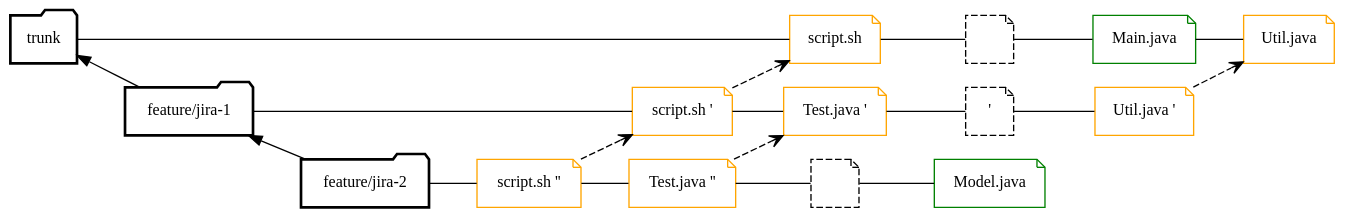
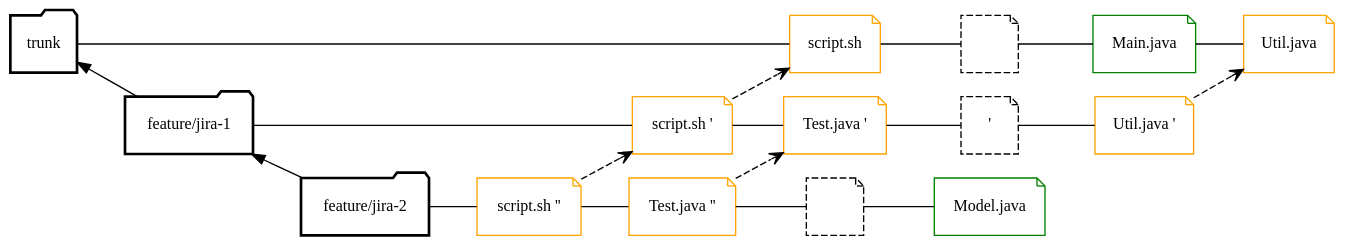
The diagram in slides/intro/src/docs/asciidoc/graphviz/git-branch.dot (Gepardec/git-training), drawn with Graphviz before and after one commit. The commit also changed 10 other files, not shown here.

```diff
--- a/slides/intro/src/docs/asciidoc/graphviz/git-branch.dot
+++ b/slides/intro/src/docs/asciidoc/graphviz/git-branch.dot
@@ -1,50 +1,50 @@
 digraph svn_branch {
         rankdir="LR";
         bgcolor="transparent";
 
-        node[width=0.5,height=0.5, shape=folder,fontsize=12.0];
+        node[width=0.6,height=0.6, shape=folder,fontsize=12.0];
         "trunk"[label="trunk",group="trunk",style="bold"];
         "feature_1"[label="feature/jira-1",group="feature_1",style="bold"];
         "feature_2"[label="feature/jira-2",group="feature_2",style="bold"];
 
-        node[width=0.5,height=0.5, shape=note,fontsize=12.0];
+        node[width=0.6,height=0.6, shape=note,fontsize=12.0];
         "file_1"[label="script.sh",group="trunk",color="orange"]
         "file_2"[label="",group="trunk",style="dashed"]
         "file_3"[label="Main.java",group="trunk",color="green"]
         "file_4"[label="Util.java",group="trunk",color="orange"]
         "file__1"[label="script.sh '",group="feature_1",color="orange"]
         "file__2"[label="Test.java '",group="feature_1",color="orange"]
         "file__3"[label="'",group="feature_1",style="dashed"]
         "file__4"[label="Util.java '",group="feature_1",color="orange"]
         "file___1"[label="script.sh ''",group="feature_2",color="orange"]
         "file___2"[label="Test.java ''",group="feature_2",color="orange"]
         "file___3"[label="",group="feature_2",style=dashed]
         "file___4"[label="Model.java",group="feature_2",color="green"]
 
         edge[weight=2,arrowhead=open,dir="back"];
         "trunk" -> "feature_1";
         "feature_1" -> "feature_2";
 
         edge[weight=2,arrowhead=none,dir="forward"];
         "trunk" -> "file_1";
         "feature_1" -> "file__1";
         "feature_2" -> "file___1";
 
         edge[weight=2,arrowhead=none,dir="forward"];
         "file_1" -> "file_2";
         "file_2" -> "file_3";
         "file_3" -> "file_4";
         "file__1" -> "file__2";
         "file__2" -> "file__3";
         "file__3" -> "file__4";
         "file___1" -> "file___2";
         "file___2" -> "file___3";
         "file___3" -> "file___4";
 
         edge[weight=2,arrowhead=open,style="dashed"];
         "file__1" -> "file_1"
         "file___1" -> "file__1"
         "file___2" -> "file__2"
         "file__4" -> "file_4"
 
 }
```
